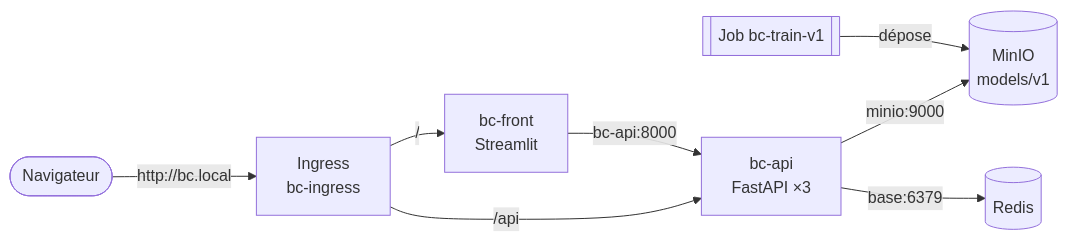
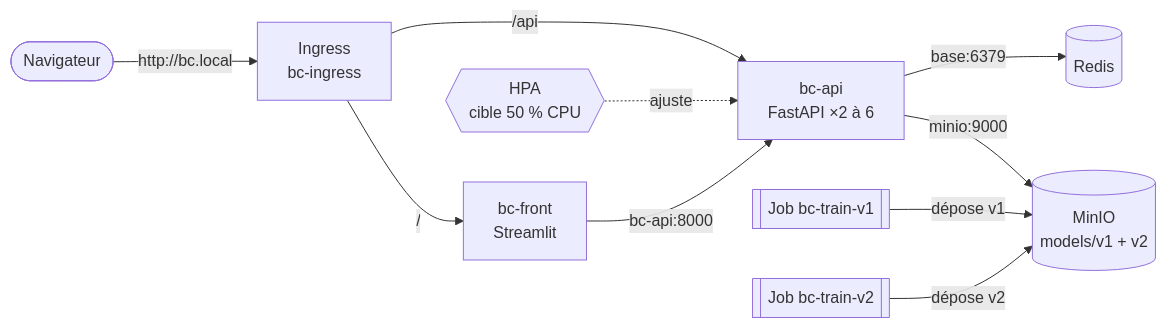
Before and after one commit to ssabiridrissi-rgb/breast-cancer: the first of 2 diagrams in README.md, drawn with Mermaid. The commit also changed other lines of this file, not shown here.

Commit message:
Partie B : sondes, config à chaud, HPA, v2 et rollback + README

````diff
--- a/README.md
+++ b/README.md
@@ -84,10 +84,12 @@
 ```mermaid
 flowchart LR
     user([Navigateur]) -->|http://bc.local| ing[Ingress<br/>bc-ingress]
     ing -->|"/"| front[bc-front<br/>Streamlit]
-    ing -->|/api| api[bc-api<br/>FastAPI ×3]
+    ing -->|/api| api[bc-api<br/>FastAPI ×2 à 6]
     front -->|bc-api:8000| api
-    api -->|minio:9000| minio[(MinIO<br/>models/v1)]
+    api -->|minio:9000| minio[(MinIO<br/>models/v1 + v2)]
     api -->|base:6379| redis[(Redis)]
-    job[[Job bc-train-v1]] -->|dépose| minio
+    job1[[Job bc-train-v1]] -->|dépose v1| minio
+    job2[[Job bc-train-v2]] -->|dépose v2| minio
+    hpa{{HPA<br/>cible 50 % CPU}} -.ajuste.-> api
 ```
````
